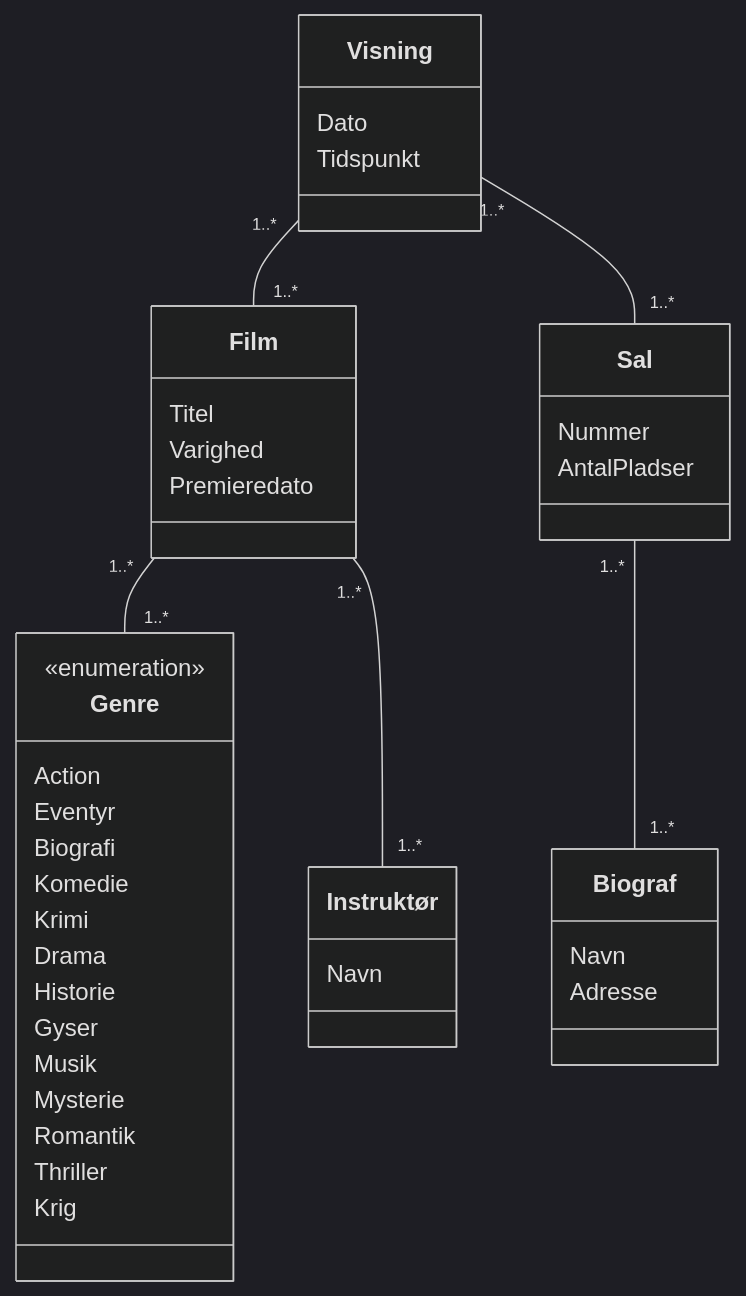
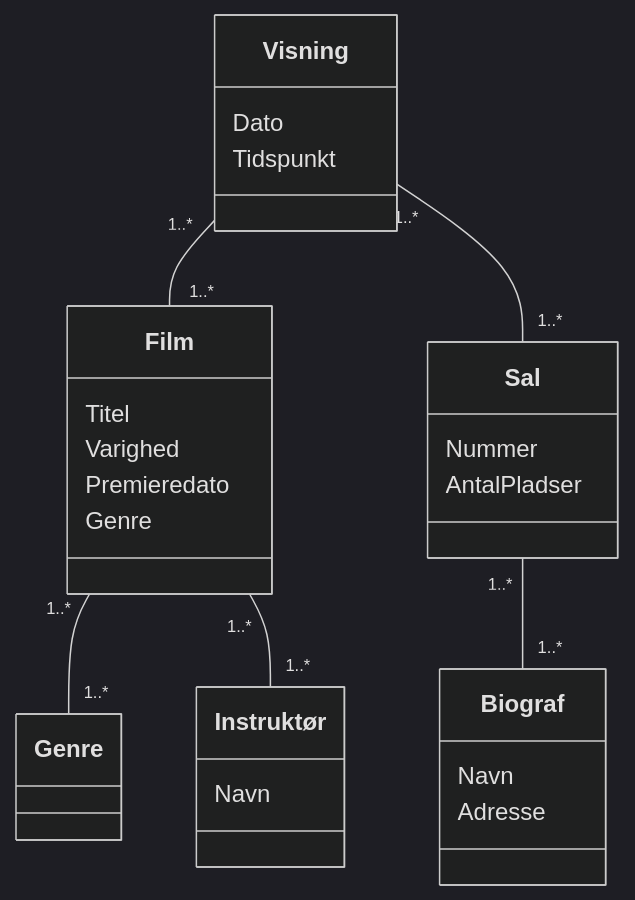
Before and after one commit to DMOoF25/TheMovie: the diagram in docs/DomainModel-sprint2.mmd, drawn with Mermaid (dark theme).

```diff
--- a/docs/DomainModel-sprint2.mmd
+++ b/docs/DomainModel-sprint2.mmd
@@ -1,48 +1,34 @@
 classDiagram
     class Film {
         Titel
         Varighed
         Premieredato
+        Genre
     }
 
     class Instruktør {
         Navn
     }
 
     class Biograf {
         Navn
         Adresse
     }
 
     class Sal {
         Nummer
         AntalPladser
     }
 
     class Visning {
         Dato
         Tidspunkt
     }
 
-    class Genre {
-        <<enumeration>>
-        Action
-        Eventyr
-        Biografi
-        Komedie
-        Krimi
-        Drama
-        Historie
-        Gyser
-        Musik
-        Mysterie
-        Romantik
-        Thriller
-        Krig
-    }
+    
 
     Film "1..*" -- "1..*" Genre
     Film "1..*" -- "1..*" Instruktør
     Visning "1..*" -- "1..*" Film
     Visning "1..*" -- "1..*" Sal
     Sal "1..*" -- "1..*" Biograf
```
